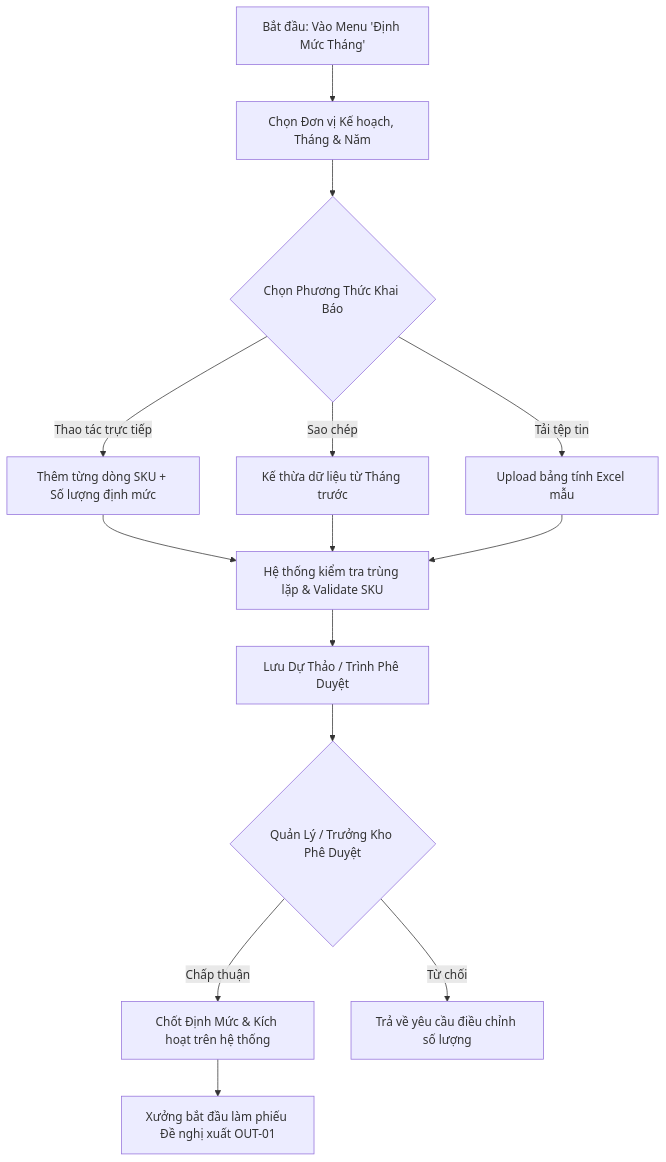
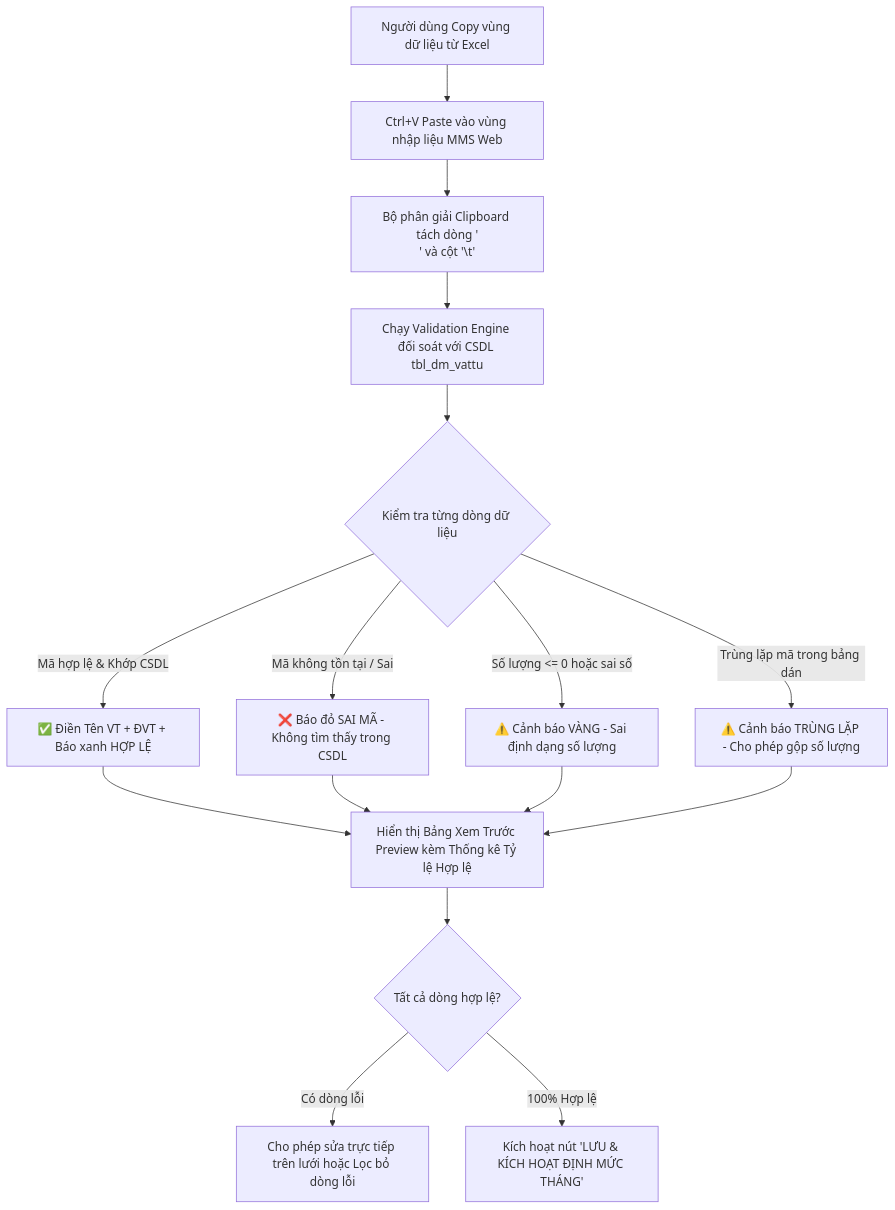
Before and after one commit to Sohoa-KNSG/mms: the diagram in docs/03-use-cases/UC-30_PLN-01.md, drawn with Mermaid. The commit also changed other lines of this file and 1 other file, not shown here.

Commit message:
docs(use-case): split into UC-30 (quota declaration with smart paste & validation) and UC-31 (quota consumption tracking & monitoring)

````diff
--- a/docs/03-use-cases/UC-30_PLN-01.md
+++ b/docs/03-use-cases/UC-30_PLN-01.md
@@ -81,16 +63,18 @@
 ```mermaid
 graph TD
-    A[Bắt đầu: Vào Menu 'Định Mức Tháng'] --> B[Chọn Đơn vị Kế hoạch, Tháng & Năm]
-    B --> C{Chọn Phương Thức Khai Báo}
-    C -->|Thao tác trực tiếp| D[Thêm từng dòng SKU + Số lượng định mức]
-    C -->|Sao chép| E[Kế thừa dữ liệu từ Tháng trước]
-    C -->|Tải tệp tin| F[Upload bảng tính Excel mẫu]
-    D --> G[Hệ thống kiểm tra trùng lặp & Validate SKU]
-    E --> G
-    F --> G
-    G --> H[Lưu Dự Thảo / Trình Phê Duyệt]
-    H --> I{Quản Lý / Trưởng Kho Phê Duyệt}
-    I -->|Chấp thuận| J[Chốt Định Mức & Kích hoạt trên hệ thống]
-    I -->|Từ chối| K[Trả về yêu cầu điều chỉnh số lượng]
-    J --> L[Xưởng bắt đầu làm phiếu Đề nghị xuất OUT-01]
+    A[Người dùng Copy vùng dữ liệu từ Excel] --> B[Ctrl+V Paste vào vùng nhập liệu MMS Web]
+    B --> C[Bộ phân giải Clipboard tách dòng '\n' và cột '\t']
+    C --> D[Chạy Validation Engine đối soát với CSDL tbl_dm_vattu]
+    D --> E{Kiểm tra từng dòng dữ liệu}
+    E -->|Mã hợp lệ & Khớp CSDL| F[✅ Điền Tên VT + ĐVT + Báo xanh HỢP LỆ]
+    E -->|Mã không tồn tại / Sai| G[❌ Báo đỏ SAI MÃ - Không tìm thấy trong CSDL]
+    E -->|Số lượng <= 0 hoặc sai số| H[⚠️ Cảnh báo VÀNG - Sai định dạng số lượng]
+    E -->|Trùng lặp mã trong bảng dán| I[⚠️ Cảnh báo TRÙNG LẶP - Cho phép gộp số lượng]
+    F --> J[Hiển thị Bảng Xem Trước Preview kèm Thống kê Tỷ lệ Hợp lệ]
+    G --> J
+    H --> J
+    I --> J
+    J --> K{Tất cả dòng hợp lệ?}
+    K -->|Có dòng lỗi| L[Cho phép sửa trực tiếp trên lưới hoặc Lọc bỏ dòng lỗi]
+    K -->|100% Hợp lệ| M[Kích hoạt nút 'LƯU & KÍCH HOẠT ĐỊNH MỨC THÁNG']
 ```
````
